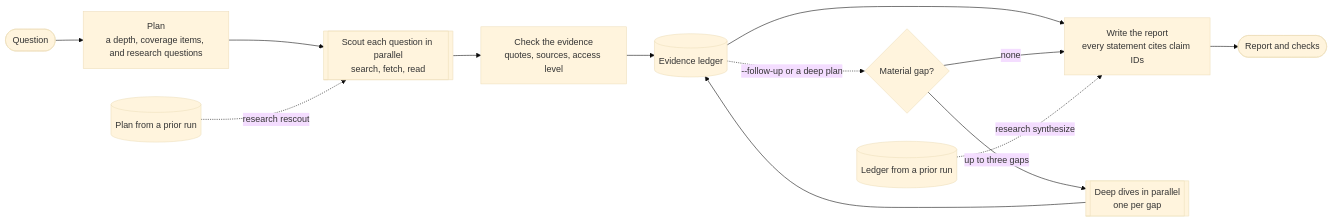
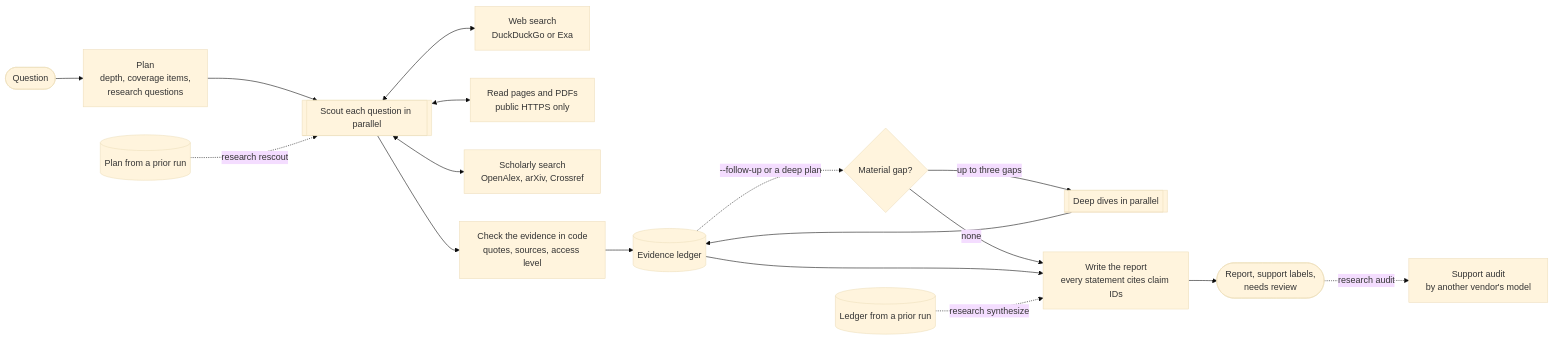
Before and after one commit to rjanseko/research-loop: the third of 3 diagrams in README.md, drawn with Mermaid (base theme). The commit also changed other lines of this file, not shown here.

````diff
--- a/README.md
+++ b/README.md
@@ -99,15 +202,19 @@
 ```mermaid
 flowchart LR
-    question(["Question"]) --> plan["Plan<br/>a depth, coverage items, and research questions"]
-    plan --> scouts[["Scout each question in parallel<br/>search, fetch, read"]]
+    question(["Question"]) --> plan["Plan<br/>depth, coverage items,<br/>research questions"]
+    plan --> scouts[["Scout each question in parallel"]]
+    scouts <--> search["Web search<br/>DuckDuckGo or Exa"]
+    scouts <--> fetch["Read pages and PDFs<br/>public HTTPS only"]
+    scouts <--> scholar["Scholarly search<br/>OpenAlex, arXiv, Crossref"]
     prior_plan[("Plan from a prior run")] -. "research rescout" .-> scouts
-    scouts --> check["Check the evidence<br/>quotes, sources, access level"]
+    scouts --> check["Check the evidence in code<br/>quotes, sources, access level"]
     check --> ledger[("Evidence ledger")]
-    ledger --> synthesize["Write the report<br/>every statement cites claim IDs"]
     ledger -. "--follow-up or a deep plan" .-> gap{"Material gap?"}
-    gap -- "up to three gaps" --> dive[["Deep dives in parallel<br/>one per gap"]]
+    gap -- "up to three gaps" --> dive[["Deep dives in parallel"]]
     dive --> ledger
     gap -- "none" --> synthesize
+    ledger --> synthesize["Write the report<br/>every statement cites claim IDs"]
     prior_ledger[("Ledger from a prior run")] -. "research synthesize" .-> synthesize
-    synthesize --> report(["Report and checks"])
+    synthesize --> report(["Report, support labels,<br/>needs review"])
+    report -. "research audit" .-> audit["Support audit<br/>by another vendor's model"]
 ```
````
